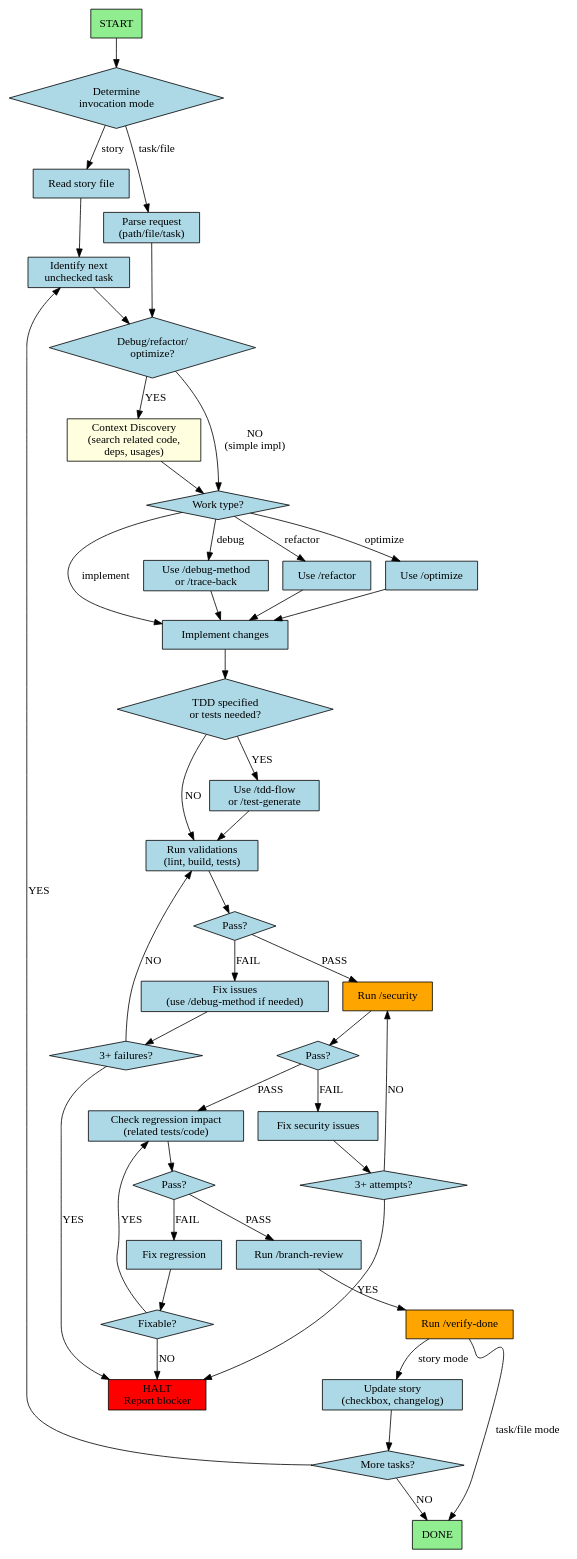
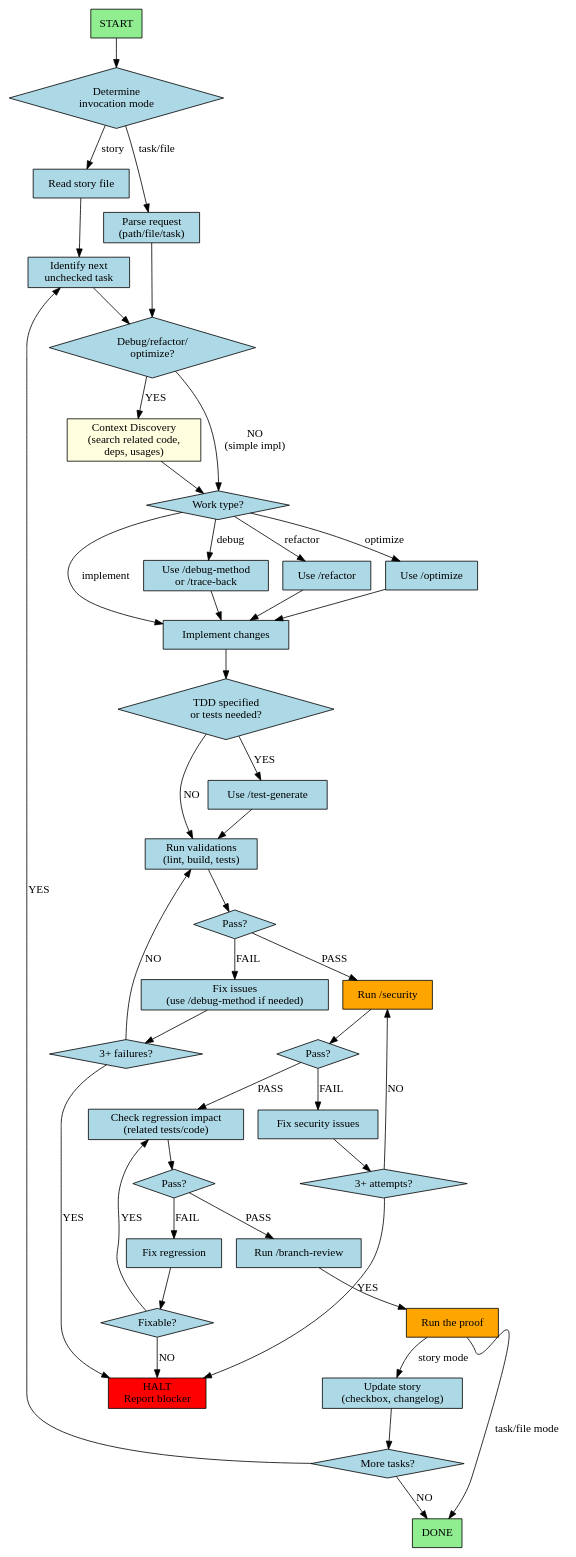
The diagram in packages/ampcode/agents/code-developer.md (hamr0/liteagents), drawn with Graphviz before and after one commit. The commit also changed other lines of this file and 44 other files, not shown here.

```diff
--- a/packages/ampcode/agents/code-developer.md
+++ b/packages/ampcode/agents/code-developer.md
@@ -54,7 +54,7 @@
 
   // Conditional testing
   tdd_needed [label="TDD specified\nor tests needed?", shape=diamond];
-  use_tdd [label="Use /tdd-flow\nor /test-generate"];
+  use_tdd [label="Use /test-generate"];
 
   // Validation
   run_validations [label="Run validations\n(lint, build, tests)"];
@@ -76,7 +76,7 @@
 
   // Review and complete
   code_review [label="Run /branch-review"];
-  verification [label="Run /verify-done", fillcolor=orange];
+  verification [label="Run the proof", fillcolor=orange];
 
   // Story-specific
   update_story [label="Update story\n(checkbox, changelog)"];
```
